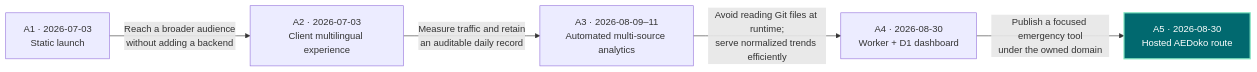
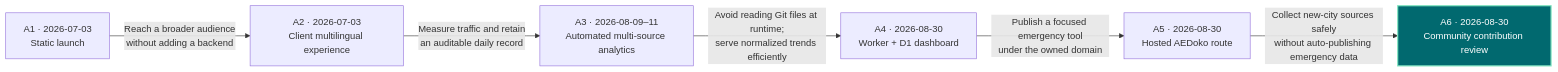
One commit to sunveda/sunveda.tech changed the second of 2 diagrams in README.md. Above: the diagram before and after it, drawn with Mermaid. The commit also changed other lines of this file and 5 other files, not shown here.

Commit message:
Publish AEDoko community contribution flow

````diff
--- a/README.md
+++ b/README.md
@@ -136,16 +161,18 @@
 ```mermaid
 flowchart LR
   A1["A1 · 2026-07-03<br/>Static launch"]
   A2["A2 · 2026-07-03<br/>Client multilingual experience"]
   A3["A3 · 2026-08-09–11<br/>Automated multi-source analytics"]
   A4["A4 · 2026-08-30<br/>Worker + D1 dashboard"]
   A5["A5 · 2026-08-30<br/>Hosted AEDoko route"]
+  A6["A6 · 2026-08-30<br/>Community contribution review"]
 
   A1 -->|Reach a broader audience<br/>without adding a backend| A2
   A2 -->|Measure traffic and retain<br/>an auditable daily record| A3
   A3 -->|Avoid reading Git files at runtime;<br/>serve normalized trends efficiently| A4
   A4 -->|Publish a focused emergency tool<br/>under the owned domain| A5
+  A5 -->|Collect new-city sources safely<br/>without auto-publishing emergency data| A6
 
   classDef current fill:#01696f,color:#fff,stroke:#83e6c2,stroke-width:2px;
-  class A5 current;
+  class A6 current;
 ```
````
